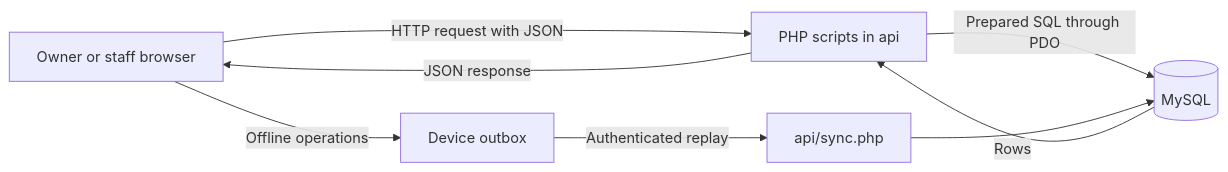
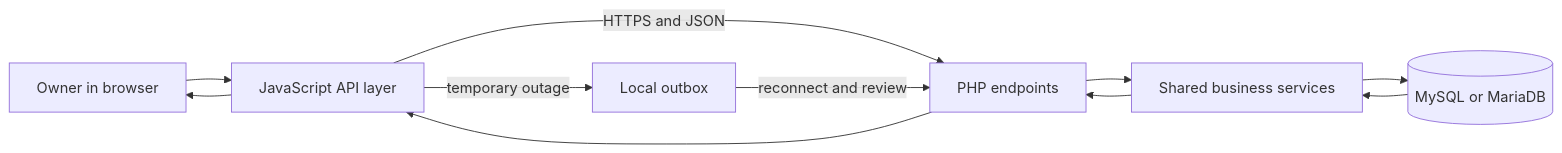
One commit to danielaplan/Rental-Ops-Manager changed the diagram in Understand the System/System Understanding/System Overview.md. Above: the diagram before and after it, drawn with Mermaid. The commit also changed other lines of this file and 96 other files, not shown here.

````diff
--- a/Understand the System/System Understanding/System Overview.md
+++ b/Understand the System/System Understanding/System Overview.md
@@ -56,10 +28,10 @@
 ```mermaid
 flowchart LR
-    A[Owner or staff browser] -->|HTTP request with JSON| B[PHP scripts in api]
-    B -->|Prepared SQL through PDO| C[(MySQL)]
-    C -->|Rows| B
-    B -->|JSON response| A
-    A -->|Offline operations| D[Device outbox]
-    D -->|Authenticated replay| E[api/sync.php]
-    E --> C
+    O[Owner in browser] --> J[JavaScript API layer]
+    J -->|HTTPS and JSON| P[PHP endpoints]
+    P --> R[Shared business services]
+    R --> D[(MySQL or MariaDB)]
+    D --> R --> P --> J --> O
+    J -->|temporary outage| Q[Local outbox]
+    Q -->|reconnect and review| P
 ```
````
